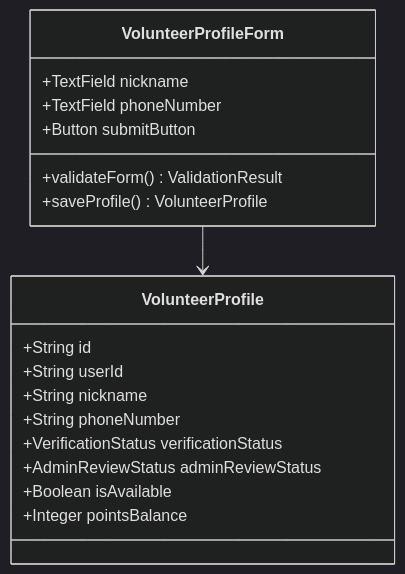
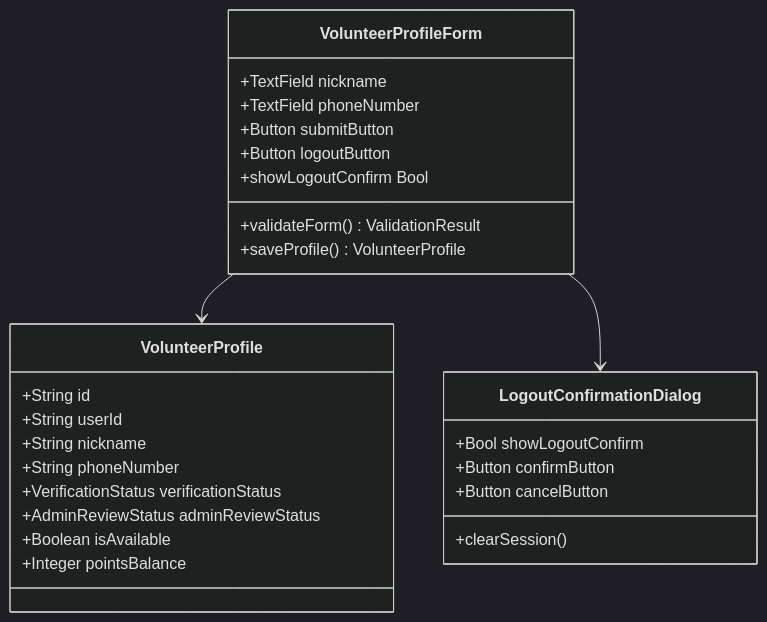
One commit to Jayden23018/blind-run-ios changed the sixth of 13 diagrams in .qoder/repowiki/zh/content/架构设计/模块化架构设计/Profile 个人资料模块.md. Above: the diagram before and after it, drawn with Mermaid (dark theme). The commit also changed other lines of this file and 9 other files, not shown here.

````diff
--- a/.qoder/repowiki/zh/content/架构设计/模块化架构设计/Profile 个人资料模块.md
+++ b/.qoder/repowiki/zh/content/架构设计/模块化架构设计/Profile 个人资料模块.md
@@ -224,21 +253,30 @@
 ```mermaid
 classDiagram
 class VolunteerProfileForm {
 +TextField nickname
 +TextField phoneNumber
 +Button submitButton
++Button logoutButton
 +validateForm() ValidationResult
 +saveProfile() VolunteerProfile
++showLogoutConfirm Bool
 }
 class VolunteerProfile {
 +String id
 +String userId
 +String nickname
 +String phoneNumber
 +VerificationStatus verificationStatus
 +AdminReviewStatus adminReviewStatus
 +Boolean isAvailable
 +Integer pointsBalance
 }
+class LogoutConfirmationDialog {
++Bool showLogoutConfirm
++Button confirmButton
++Button cancelButton
++clearSession()
+}
 VolunteerProfileForm --> VolunteerProfile
+VolunteerProfileForm --> LogoutConfirmationDialog
 ```
````
